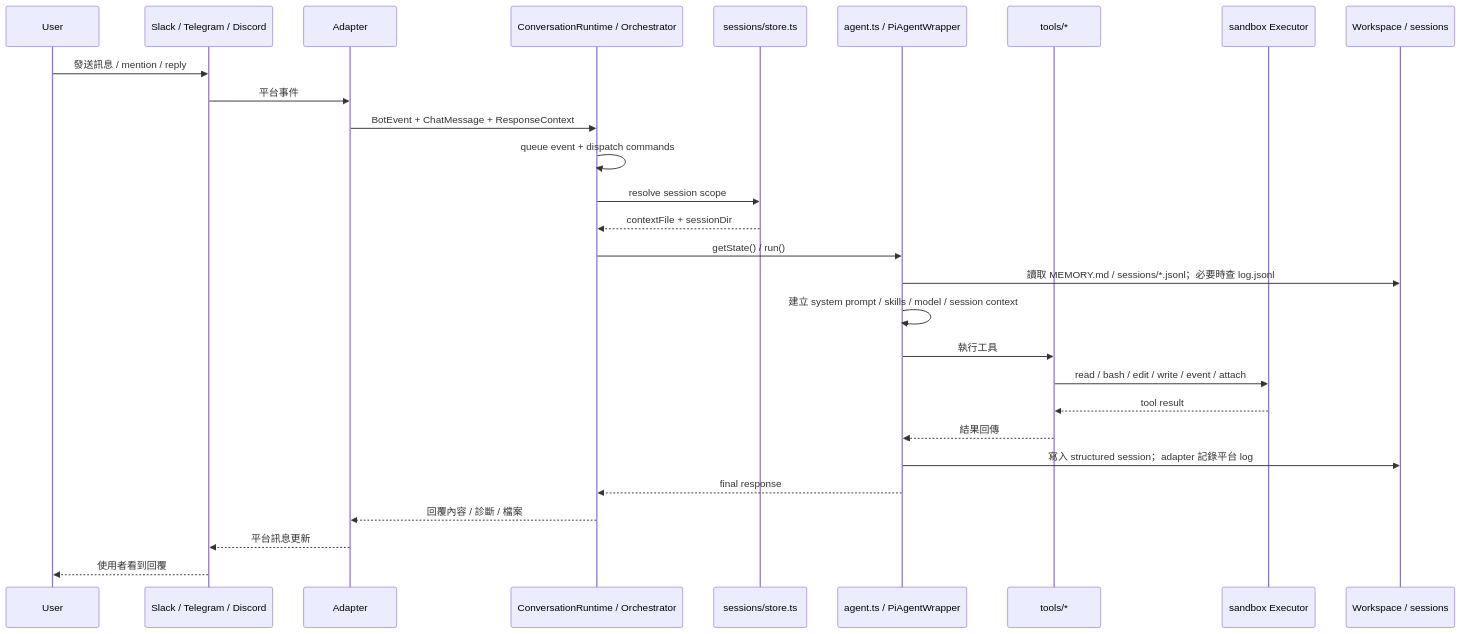
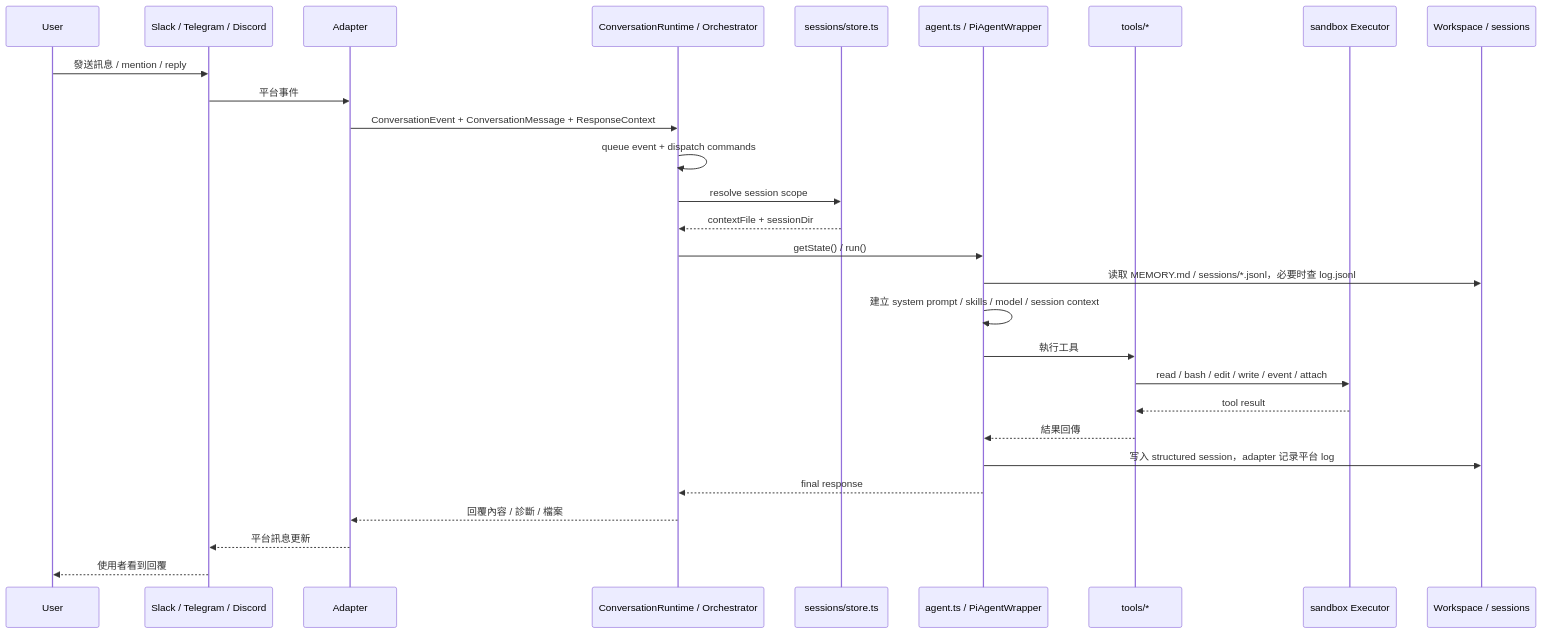
Before and after one commit to geminixiang/mikan: the second of 3 diagrams in src/content/docs/zh-cn/architecture.md, drawn with Mermaid. The commit also changed other lines of this file and 78 other files, not shown here.

````diff
--- a/src/content/docs/zh-cn/architecture.md
+++ b/src/content/docs/zh-cn/architecture.md
@@ -189,31 +189,31 @@
 ```mermaid
 sequenceDiagram
   participant U as User
   participant P as Slack / Telegram / Discord
   participant A as Adapter
   participant M as ConversationRuntime / Orchestrator
   participant S as sessions/store.ts
   participant R as agent.ts / PiAgentWrapper
   participant T as tools/*
   participant X as sandbox Executor
   participant W as Workspace / sessions
 
   U->>P: 發送訊息 / mention / reply
   P->>A: 平台事件
-  A->>M: BotEvent + ChatMessage + ResponseContext
+  A->>M: ConversationEvent + ConversationMessage + ResponseContext
   M->>M: queue event + dispatch commands
   M->>S: resolve session scope
   S-->>M: contextFile + sessionDir
   M->>R: getState() / run()
-  R->>W: 讀取 MEMORY.md / sessions/*.jsonl；必要時查 log.jsonl
+  R->>W: 读取 MEMORY.md / sessions/*.jsonl，必要时查 log.jsonl
   R->>R: 建立 system prompt / skills / model / session context
   R->>T: 執行工具
   T->>X: read / bash / edit / write / event / attach
   X-->>T: tool result
   T-->>R: 結果回傳
-  R->>W: 寫入 structured session；adapter 記錄平台 log
+  R->>W: 写入 structured session，adapter 记录平台 log
   R-->>M: final response
   M-->>A: 回覆內容 / 診斷 / 檔案
   A-->>P: 平台訊息更新
   P-->>U: 使用者看到回覆
 ```
````
